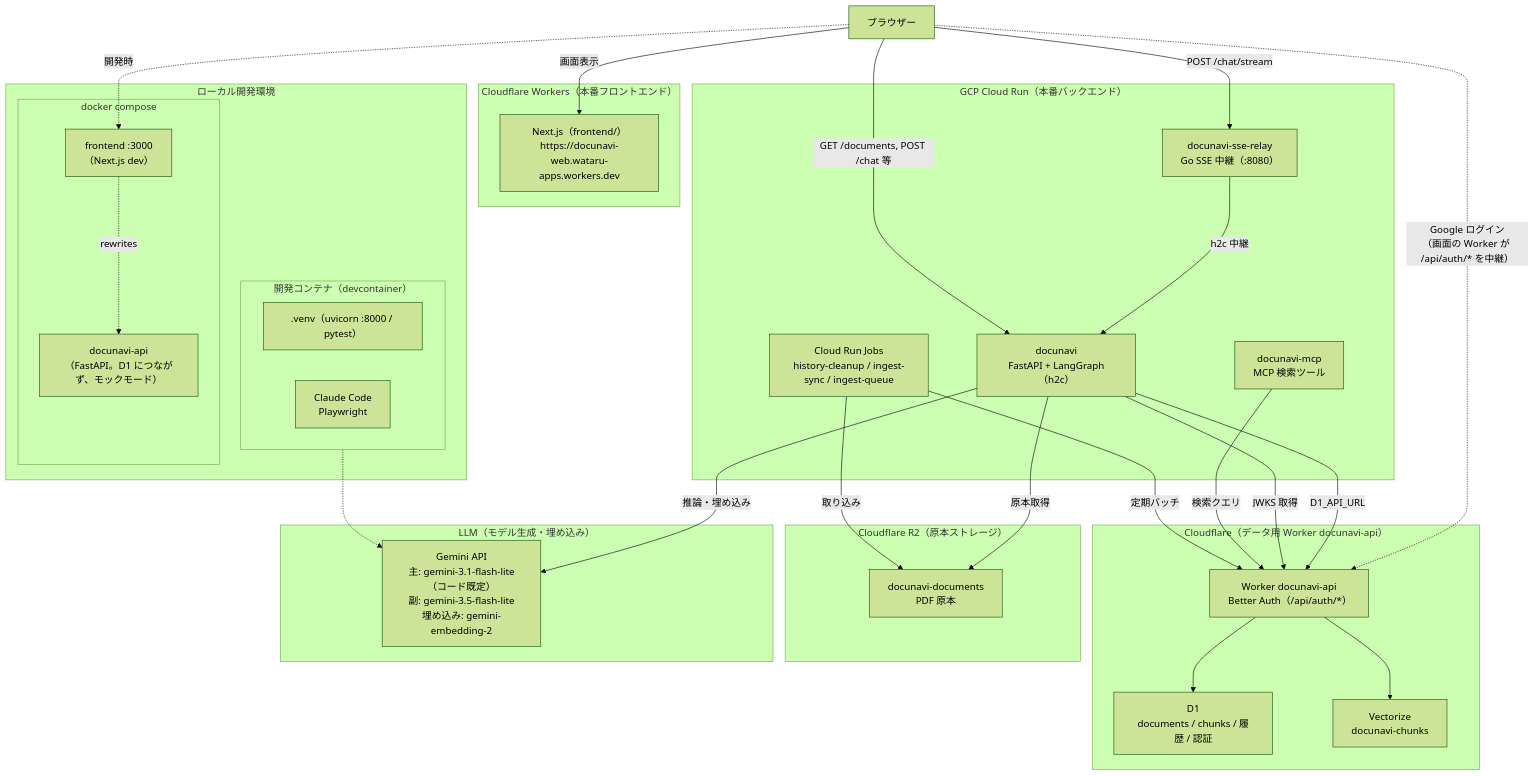
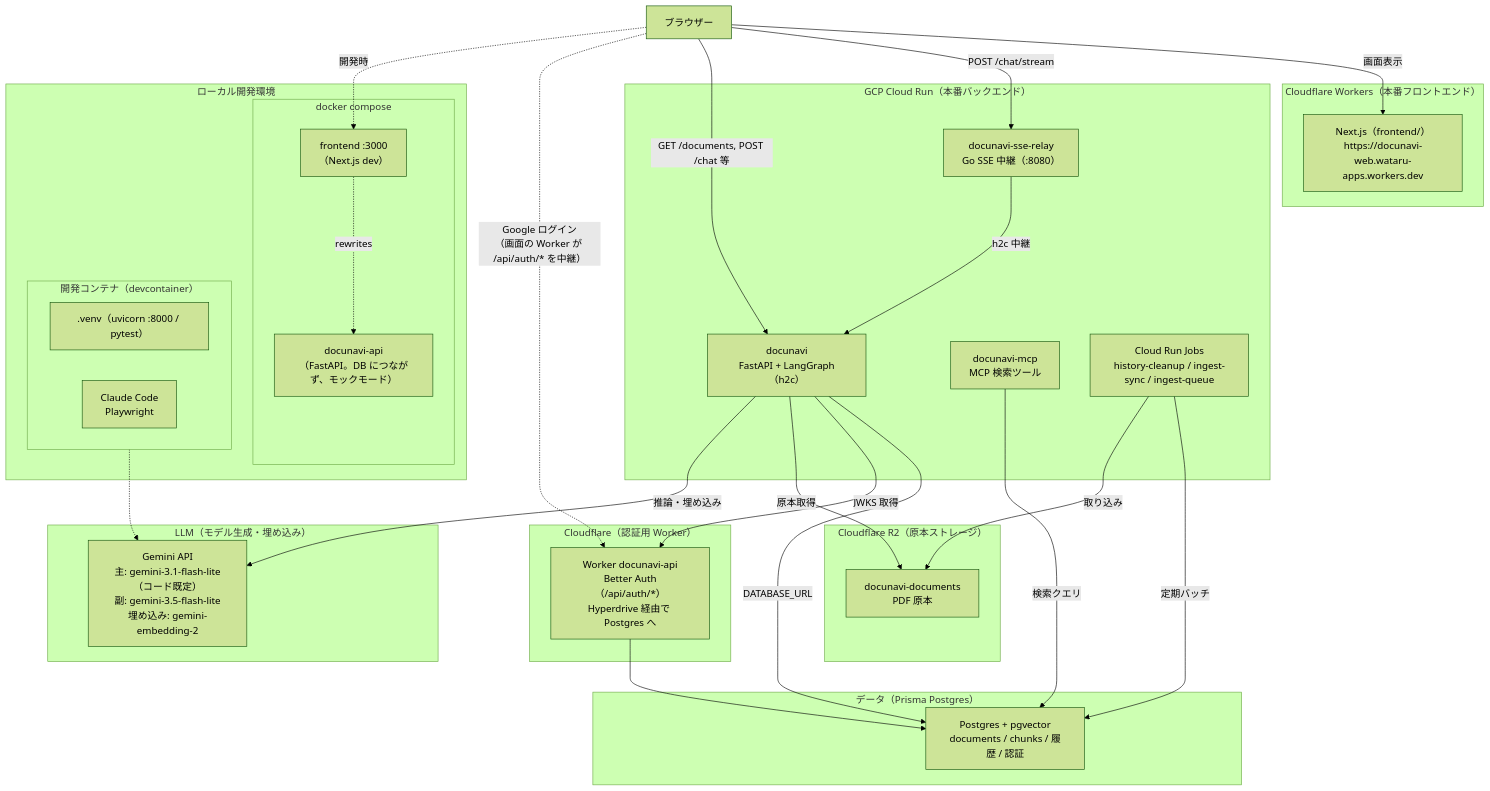
Before and after one commit to Starlight-Tree/DocuNavi: the second of 3 diagrams in docs/architecture.md, drawn with Mermaid (forest theme). The commit also changed other lines of this file, not shown here.

First line of the commit message:
docs: correct the data path in architecture.md to Postgres

````diff
--- a/docs/architecture.md
+++ b/docs/architecture.md
@@ -59,63 +60,64 @@
 ```mermaid
 flowchart TB
     browser["ブラウザー"]
 
     subgraph cfweb["Cloudflare Workers（本番フロントエンド）"]
         frontend["Next.js（frontend/）<br/>https://docunavi-web.wataru-apps.workers.dev"]
     end
 
     subgraph gcp["GCP Cloud Run（本番バックエンド）"]
         sserelay["docunavi-sse-relay<br/>Go SSE 中継（:8080）"]
         api_prod["docunavi<br/>FastAPI + LangGraph（h2c）"]
         mcp["docunavi-mcp<br/>MCP 検索ツール"]
         jobs["Cloud Run Jobs<br/>history-cleanup / ingest-sync / ingest-queue"]
     end
 
     subgraph host["ローカル開発環境"]
         subgraph compose["docker compose"]
             c_front["frontend :3000<br/>（Next.js dev）"]
-            c_api["docunavi-api<br/>（FastAPI。D1 につながず、モックモード）"]
+            c_api["docunavi-api<br/>（FastAPI。DB につながず、モックモード）"]
         end
         subgraph devc["開発コンテナ（devcontainer）"]
             venv[".venv（uvicorn :8000 / pytest）"]
             dev_tools["Claude Code<br/>Playwright"]
         end
     end
 
-    subgraph cfdata["Cloudflare（データ用 Worker docunavi-api）"]
-        dataworker["Worker docunavi-api<br/>Better Auth（/api/auth/*）"]
-        d1["D1<br/>documents / chunks / 履歴 / 認証"]
-        vectorize["Vectorize<br/>docunavi-chunks"]
+    subgraph cfauth["Cloudflare（認証用 Worker）"]
+        authworker["Worker docunavi-api<br/>Better Auth（/api/auth/*）<br/>Hyperdrive 経由で Postgres へ"]
+    end
+
+    subgraph data["データ（Prisma Postgres）"]
+        pg["Postgres + pgvector<br/>documents / chunks / 履歴 / 認証"]
     end
 
     subgraph cloudflare["Cloudflare R2（原本ストレージ）"]
         r2["docunavi-documents<br/>PDF 原本"]
     end
 
     subgraph llm["LLM（モデル生成・埋め込み）"]
         gemini["Gemini API<br/>主: gemini-3.1-flash-lite（コード既定）<br/>副: gemini-3.5-flash-lite<br/>埋め込み: gemini-embedding-2"]
     end
 
     %% 本番の通信経路
     browser -->|画面表示| frontend
     browser -->|POST /chat/stream| sserelay
     sserelay -->|h2c 中継| api_prod
     browser -->|GET /documents, POST /chat 等| api_prod
-    browser -.->|Google ログイン<br/>（画面の Worker が /api/auth/* を中継）| dataworker
+    browser -.->|Google ログイン<br/>（画面の Worker が /api/auth/* を中継）| authworker
 
-    api_prod -->|D1_API_URL| dataworker
-    api_prod -->|JWKS 取得| dataworker
+    api_prod -->|DATABASE_URL| pg
+    api_prod -->|JWKS 取得| authworker
     api_prod -->|原本取得| r2
     api_prod -->|推論・埋め込み| gemini
 
-    dataworker --> d1
-    dataworker --> vectorize
-    mcp -->|検索クエリ| dataworker
-    jobs -->|定期バッチ| dataworker
+    authworker --> pg
+    mcp -->|検索クエリ| pg
+    jobs -->|定期バッチ| pg
     jobs -->|取り込み| r2
 
     %% 開発時の通信経路
     browser -.->|開発時| c_front
     c_front -.->|rewrites| c_api
     devc -.-> gemini
 ```
````
